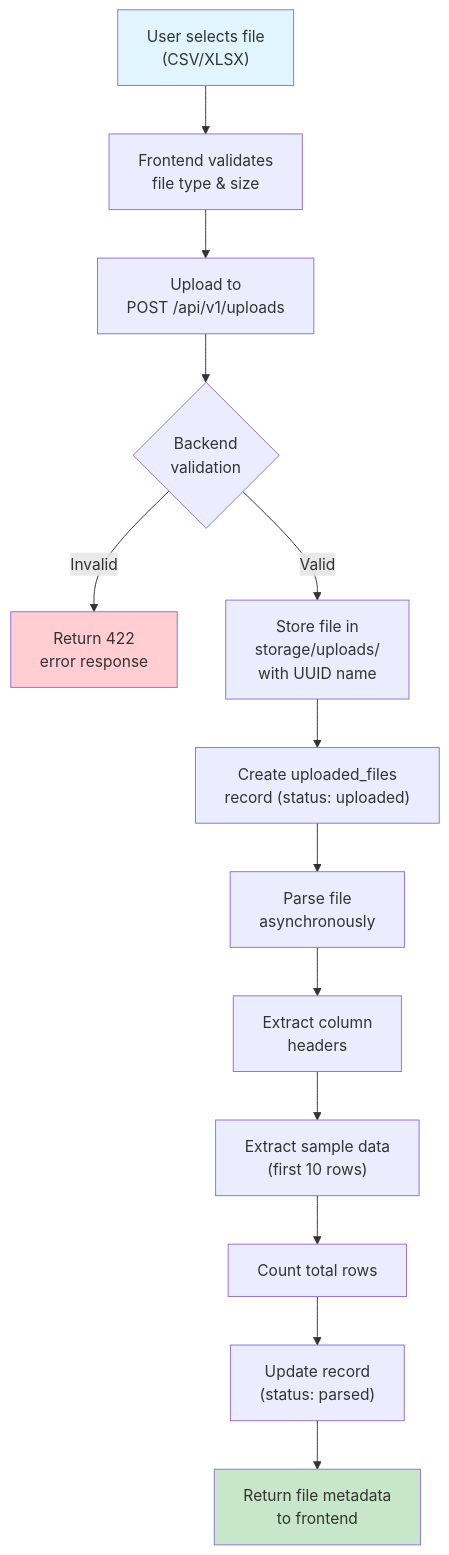
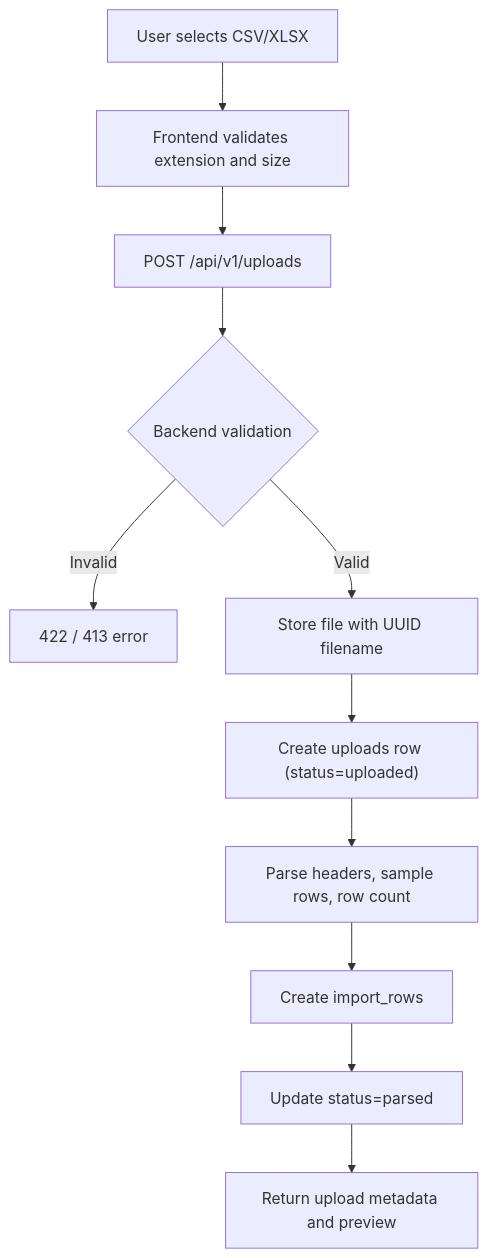
The third of 9 diagrams in docs/data_flow.md (Rajdeep-017/reconiq), drawn with Mermaid before and after one commit. The commit also changed other lines of this file and 4 other files, not shown here.

````diff
--- a/docs/data_flow.md
+++ b/docs/data_flow.md
@@ -11,19 +95,13 @@
 ```mermaid
 flowchart TD
-    A["User selects file\n(CSV/XLSX)"] --> B["Frontend validates\nfile type & size"]
-    B --> C["Upload to\nPOST /api/v1/uploads"]
-    C --> D{"Backend\nvalidation"}
-    D -->|Invalid| E["Return 422\nerror response"]
-    D -->|Valid| F["Store file in\nstorage/uploads/\nwith UUID name"]
-    F --> G["Create uploaded_files\nrecord (status: uploaded)"]
-    G --> H["Parse file\nasynchronously"]
-    H --> I["Extract column\nheaders"]
-    I --> J["Extract sample data\n(first 10 rows)"]
-    J --> K["Count total rows"]
-    K --> L["Update record\n(status: parsed)"]
-    L --> M["Return file metadata\nto frontend"]
-
-    style A fill:#e1f5fe
-    style M fill:#c8e6c9
-    style E fill:#ffcdd2
+    A["User selects CSV/XLSX"] --> B["Frontend validates extension and size"]
+    B --> C["POST /api/v1/uploads"]
+    C --> D{"Backend validation"}
+    D -->|Invalid| E["422 / 413 error"]
+    D -->|Valid| F["Store file with UUID filename"]
+    F --> G["Create uploads row (status=uploaded)"]
+    G --> H["Parse headers, sample rows, row count"]
+    H --> I["Create import_rows"]
+    I --> J["Update status=parsed"]
+    J --> K["Return upload metadata and preview"]
 ```
````
